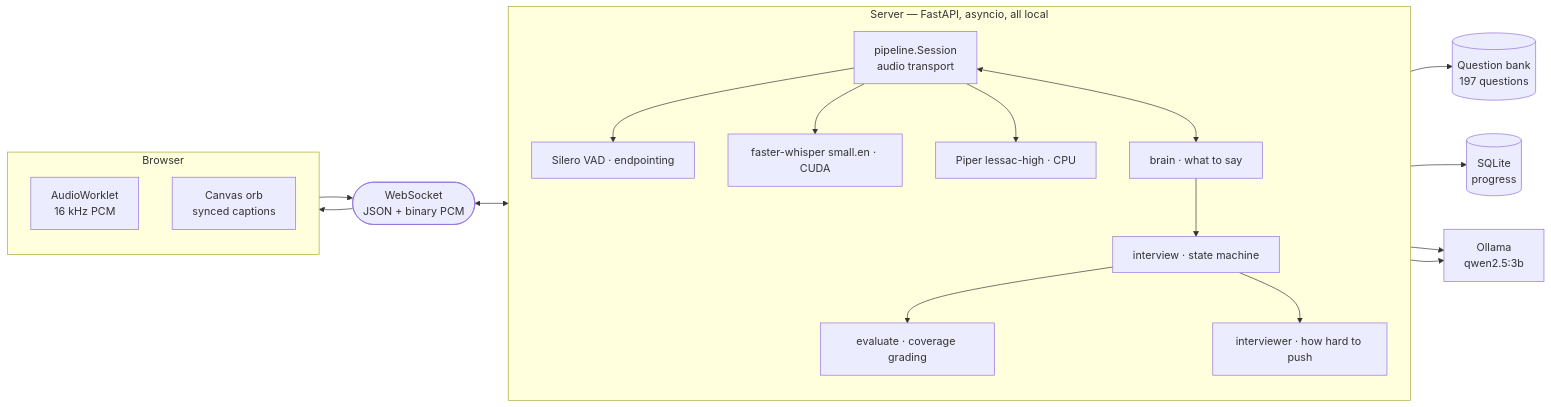
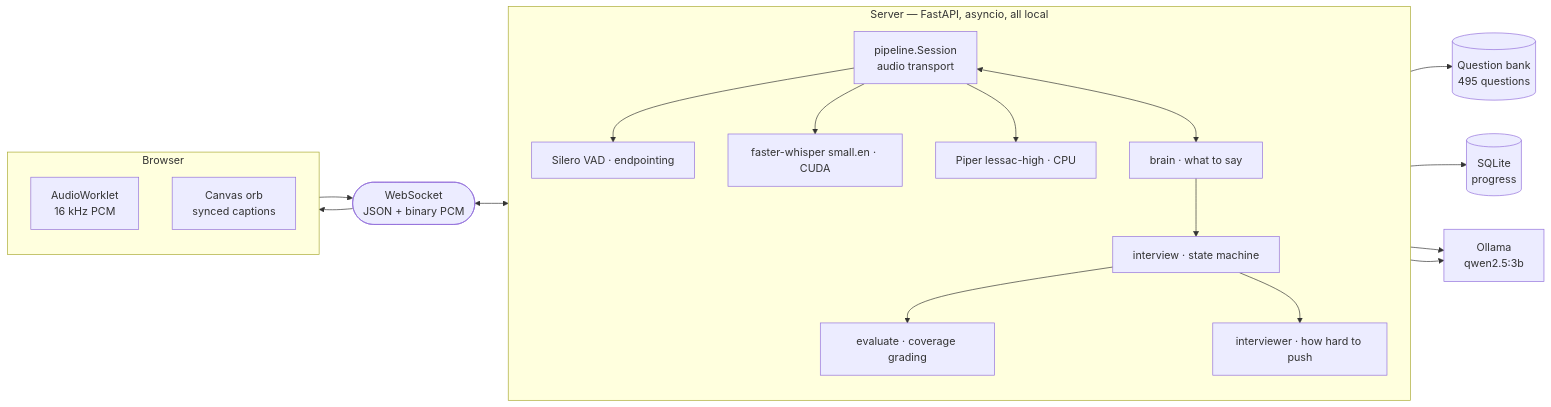
One commit to abhishekbidare03/interview-coach changed the diagram in README.md. Above: the diagram before and after it, drawn with Mermaid. The commit also changed other lines of this file and 32 other files, not shown here.

````diff
--- a/README.md
+++ b/README.md
@@ -71,35 +75,35 @@
 ```mermaid
 flowchart LR
     subgraph BR["Browser"]
         direction TB
         MIC["AudioWorklet<br/>16 kHz PCM"]
         ORB["Canvas orb<br/>synced captions"]
     end
 
     WS(["WebSocket<br/>JSON + binary PCM"])
 
     subgraph SV["Server — FastAPI, asyncio, all local"]
         direction TB
         PIPE["pipeline.Session<br/>audio transport"]
         VAD["Silero VAD · endpointing"]
         STT["faster-whisper small.en · CUDA"]
         TTS["Piper lessac-high · CPU"]
         BRAIN["brain · what to say"]
         IV["interview · state machine"]
         EVAL["evaluate · coverage grading"]
         ADAPT["interviewer · how hard to push"]
     end
 
     LLM["Ollama<br/>qwen2.5:3b"]
-    BANK[("Question bank<br/>197 questions")]
+    BANK[("Question bank<br/>495 questions")]
     DB[("SQLite<br/>progress")]
 
     MIC --> WS --> ORB
     WS <--> PIPE
     PIPE --> VAD & STT & TTS
     PIPE <--> BRAIN --> IV
     IV --> EVAL & ADAPT
     IV --> BANK & DB
     EVAL --> LLM
     ADAPT --> LLM
 ```
````
